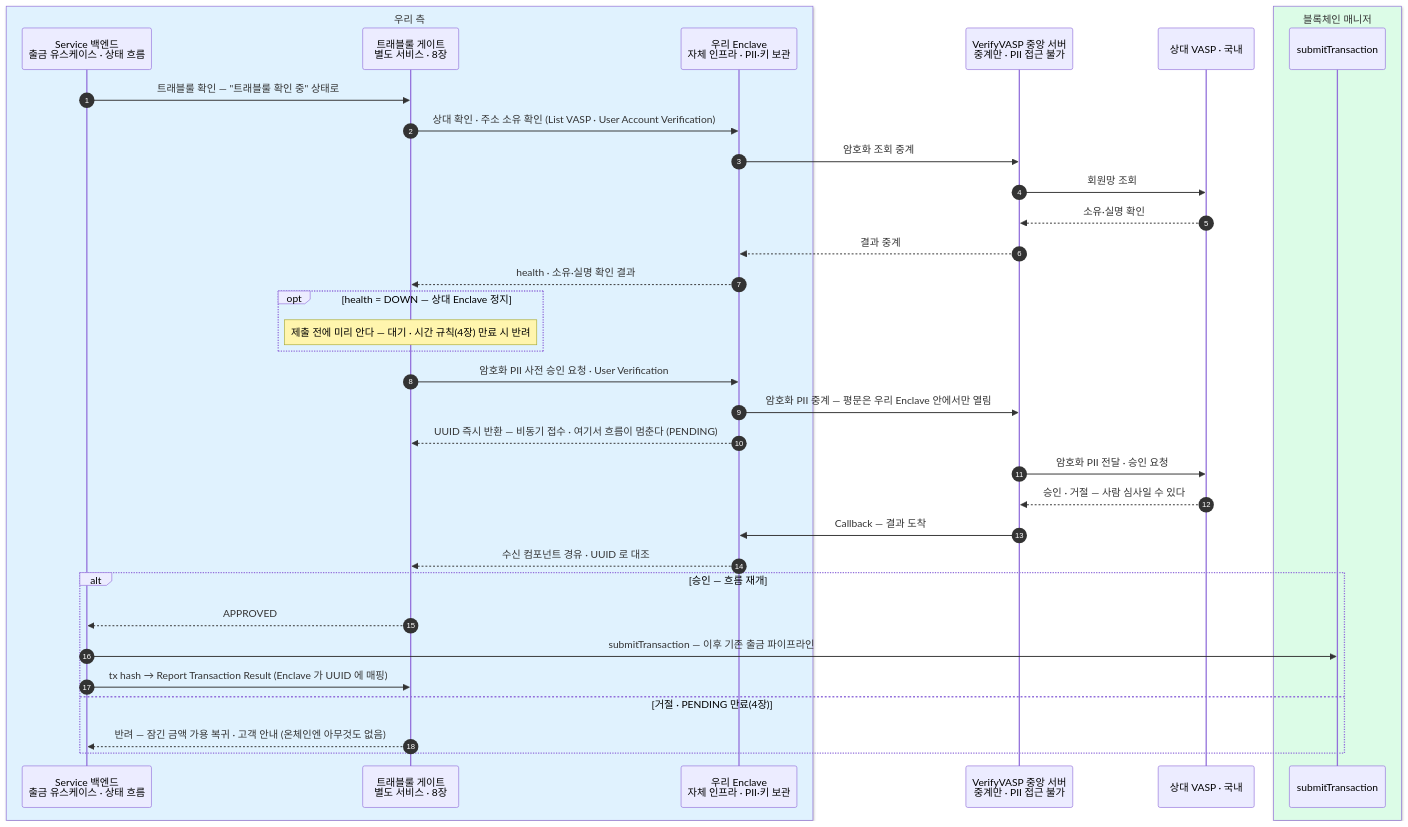
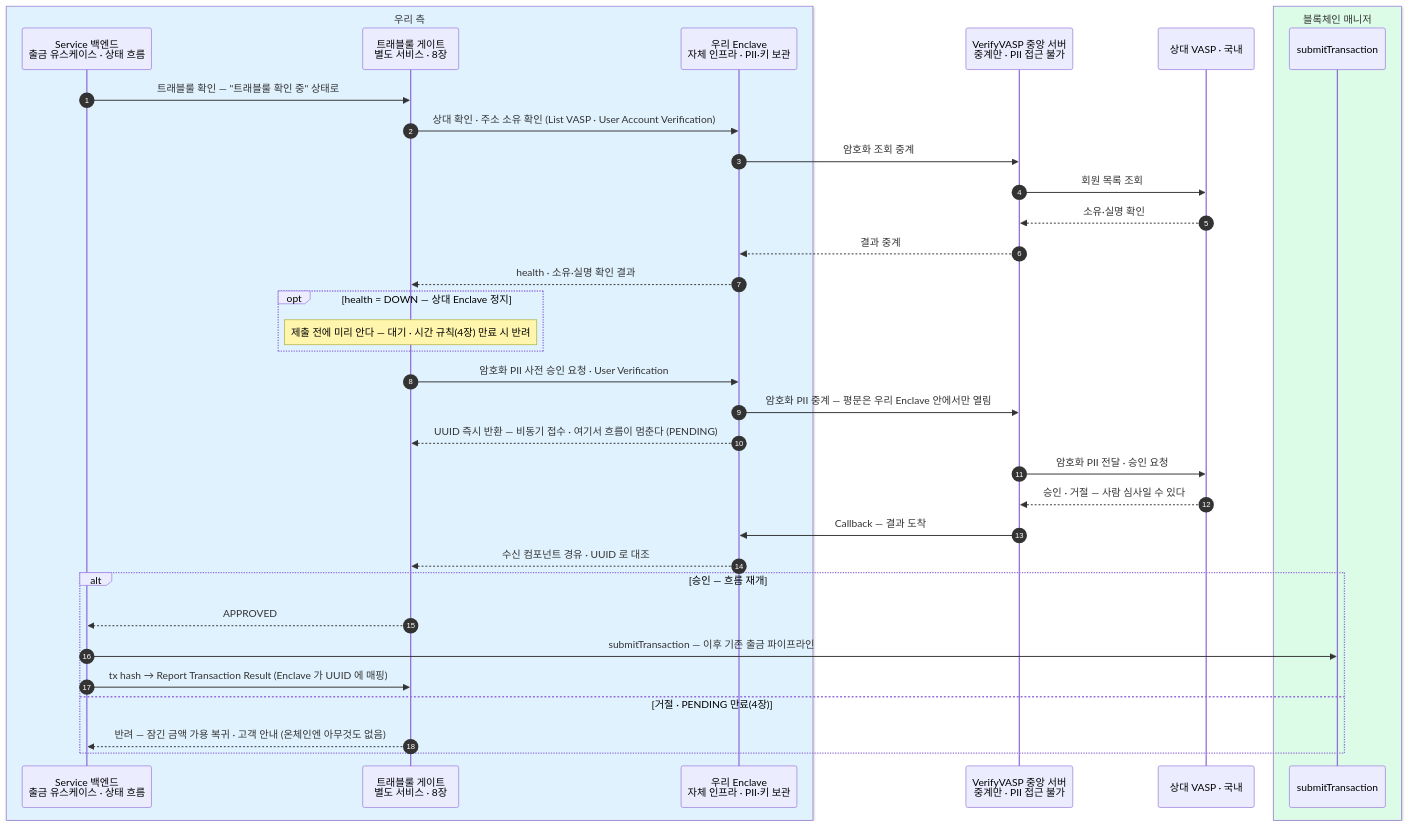
One commit to eunsujeo/eunpus changed the first of 11 diagrams in blockchain-manager/docs/트래블룰/설계/07-scenarios.md. Above: the diagram before and after it, drawn with Mermaid. The commit also changed other lines of this file and 26 other files, not shown here.

````diff
--- a/blockchain-manager/docs/트래블룰/설계/07-scenarios.md
+++ b/blockchain-manager/docs/트래블룰/설계/07-scenarios.md
@@ -38,39 +38,39 @@
 ```mermaid
 sequenceDiagram
     autonumber
     box rgb(224,242,254) 우리 측
     participant BE as Service 백엔드<br/>출금 유스케이스 · 상태 흐름
     participant GT as 트래블룰 게이트<br/>별도 서비스 · 8장
     participant EN as 우리 Enclave<br/>자체 인프라 · PII·키 보관
     end
     participant HUB as VerifyVASP 중앙 서버<br/>중계만 · PII 접근 불가
     participant RV as 상대 VASP · 국내
     box rgb(220,252,231) 블록체인 매니저
     participant BM as submitTransaction
     end
 
     BE->>GT: 트래블룰 확인 — "트래블룰 확인 중" 상태로
     GT->>EN: 상대 확인 · 주소 소유 확인 (List VASP · User Account Verification)
     EN->>HUB: 암호화 조회 중계
-    HUB->>RV: 회원망 조회
+    HUB->>RV: 회원 목록 조회
     RV-->>HUB: 소유·실명 확인
     HUB-->>EN: 결과 중계
     EN-->>GT: health · 소유·실명 확인 결과
     opt health = DOWN — 상대 Enclave 정지
         Note over GT: 제출 전에 미리 안다 — 대기 · 시간 규칙(4장) 만료 시 반려
     end
     GT->>EN: 암호화 PII 사전 승인 요청 · User Verification
     EN->>HUB: 암호화 PII 중계 — 평문은 우리 Enclave 안에서만 열림
     EN-->>GT: UUID 즉시 반환 — 비동기 접수 · 여기서 흐름이 멈춘다 (PENDING)
     HUB->>RV: 암호화 PII 전달 · 승인 요청
     RV-->>HUB: 승인 · 거절 — 사람 심사일 수 있다
     HUB->>EN: Callback — 결과 도착
     EN-->>GT: 수신 컴포넌트 경유 · UUID 로 대조
     alt 승인 — 흐름 재개
         GT-->>BE: APPROVED
         BE->>BM: submitTransaction — 이후 기존 출금 파이프라인
         BE->>GT: tx hash → Report Transaction Result (Enclave 가 UUID 에 매핑)
     else 거절 · PENDING 만료(4장)
         GT-->>BE: 반려 — 잠긴 금액 가용 복귀 · 고객 안내 (온체인엔 아무것도 없음)
     end
 ```
````
